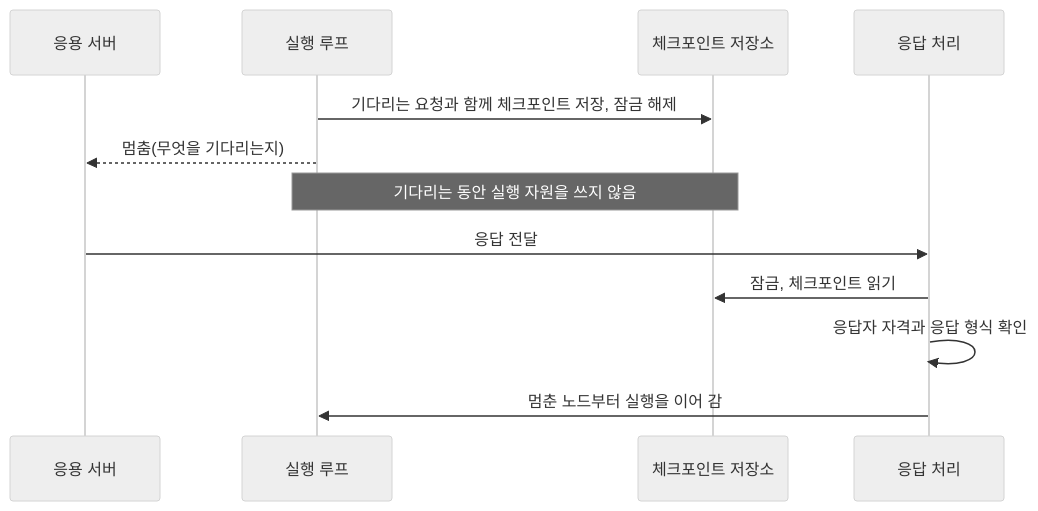
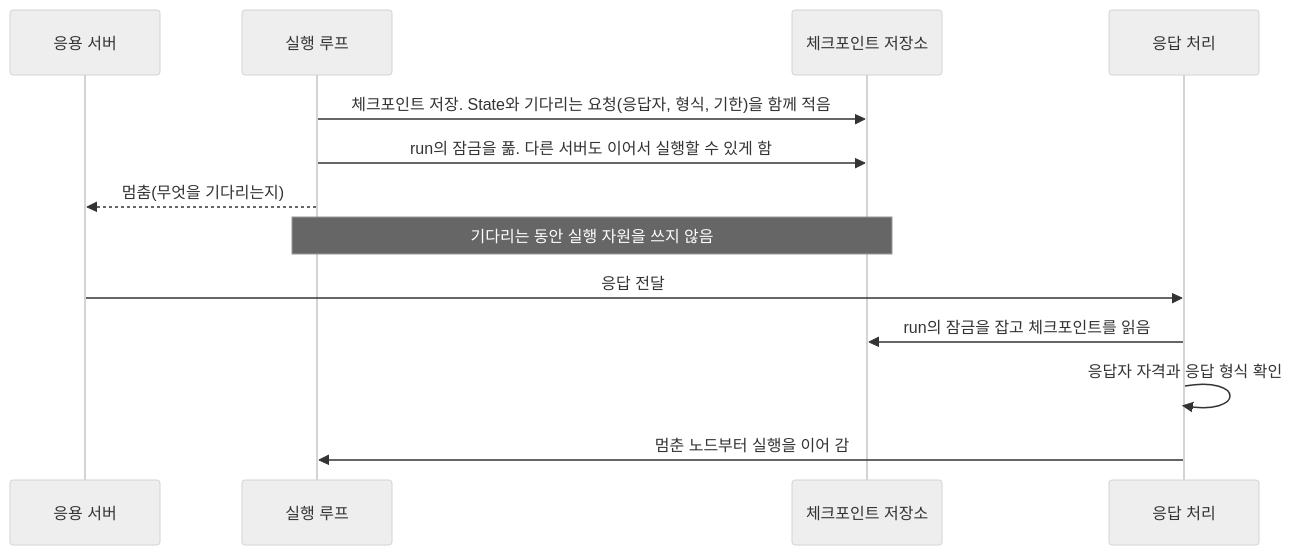
One commit to iwindfree/ai-agent-framework-architecture changed the second of 3 diagrams in 00.architecture.md. Above: the diagram before and after it, drawn with Mermaid (neutral theme). The commit also changed other lines of this file, not shown here.

Commit message:
Explain checkpoint request and run lock in pause flow

````diff
--- a/00.architecture.md
+++ b/00.architecture.md
@@ -213,14 +213,15 @@
 ```mermaid
 sequenceDiagram
     participant A as 응용 서버
     participant L as 실행 루프
     participant S as 체크포인트 저장소
     participant R as 응답 처리
-    L->>S: 기다리는 요청과 함께 체크포인트 저장, 잠금 해제
+    L->>S: 체크포인트 저장. State와 기다리는 요청(응답자, 형식, 기한)을 함께 적음
+    L->>S: run의 잠금을 풂. 다른 서버도 이어서 실행할 수 있게 함
     L-->>A: 멈춤(무엇을 기다리는지)
     Note over L,S: 기다리는 동안 실행 자원을 쓰지 않음
     A->>R: 응답 전달
-    R->>S: 잠금, 체크포인트 읽기
+    R->>S: run의 잠금을 잡고 체크포인트를 읽음
     R->>R: 응답자 자격과 응답 형식 확인
     R->>L: 멈춘 노드부터 실행을 이어 감
 ```
````
